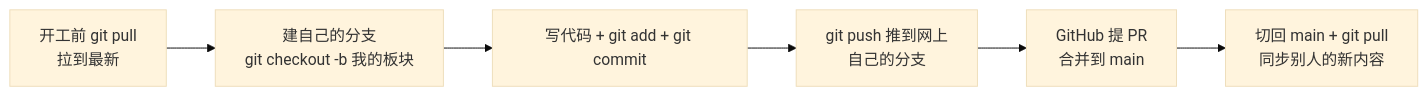
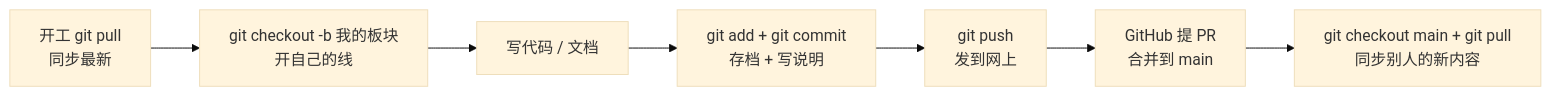
The diagram in 02-第一台能“动”的机器/2.1-工具链全家桶配置/2.1.2-git graph github的使用.md (darkcome6/27-SPR), drawn with Mermaid (base theme) before and after one commit. The commit also changed other lines of this file, not shown here.

Commit message:
docs: 更新 Git Graph + GitHub 教程，增加速查表和操作说明

````diff
--- a/02-第一台能“动”的机器/2.1-工具链全家桶配置/2.1.2-git graph github的使用.md
+++ b/02-第一台能“动”的机器/2.1-工具链全家桶配置/2.1.2-git graph github的使用.md
@@ -104,8 +167,9 @@
 ```mermaid
 flowchart LR
-    A[开工前 git pull<br/>拉到最新] --> B[建自己的分支<br/>git checkout -b 我的板块]
-    B --> C[写代码 + git add + git commit]
-    C --> D[git push 推到网上<br/>自己的分支]
-    D --> E[GitHub 提 PR<br/>合并到 main]
-    E --> F[切回 main + git pull<br/>同步别人的新内容]
+    A[开工 git pull<br/>同步最新] --> B[git checkout -b 我的板块<br/>开自己的线]
+    B --> C[写代码 / 文档]
+    C --> D[git add + git commit<br/>存档 + 写说明]
+    D --> E[git push<br/>发到网上]
+    E --> F[GitHub 提 PR<br/>合并到 main]
+    F --> G[git checkout main + git pull<br/>同步别人的新内容]
 ```
````
